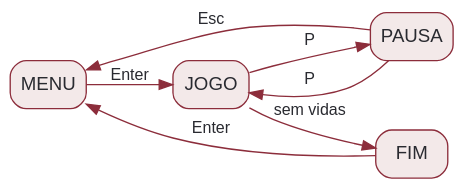
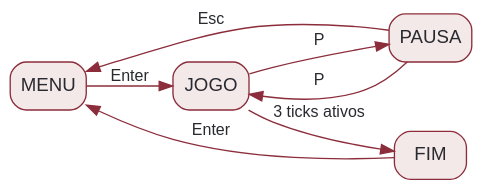
One commit to rodrgds/resumos changed the diagram in src/content/lc/maquina-jogo.dot. Above: the diagram before and after it, drawn with Graphviz. The commit also changed 28 other files, not shown here.

```diff
--- a/src/content/lc/maquina-jogo.dot
+++ b/src/content/lc/maquina-jogo.dot
@@ -1,11 +1,11 @@
 digraph Jogo {
   graph [bgcolor="transparent", rankdir=LR, pad=0.2];
   node [shape=box, style="rounded,filled", fillcolor="#f3e9e9", color="#8c2d3b", fontcolor="#292a30", fontname="Arial", fontsize=14];
   edge [color="#8c2d3b", fontcolor="#292a30", fontname="Arial", fontsize=12];
   MENU -> JOGO [label="Enter"];
   JOGO -> PAUSA [label="P"];
   PAUSA -> JOGO [label="P"];
   PAUSA -> MENU [label="Esc"];
-  JOGO -> FIM [label="sem vidas"];
+  JOGO -> FIM [label="3 ticks ativos"];
   FIM -> MENU [label="Enter"];
 }
```
